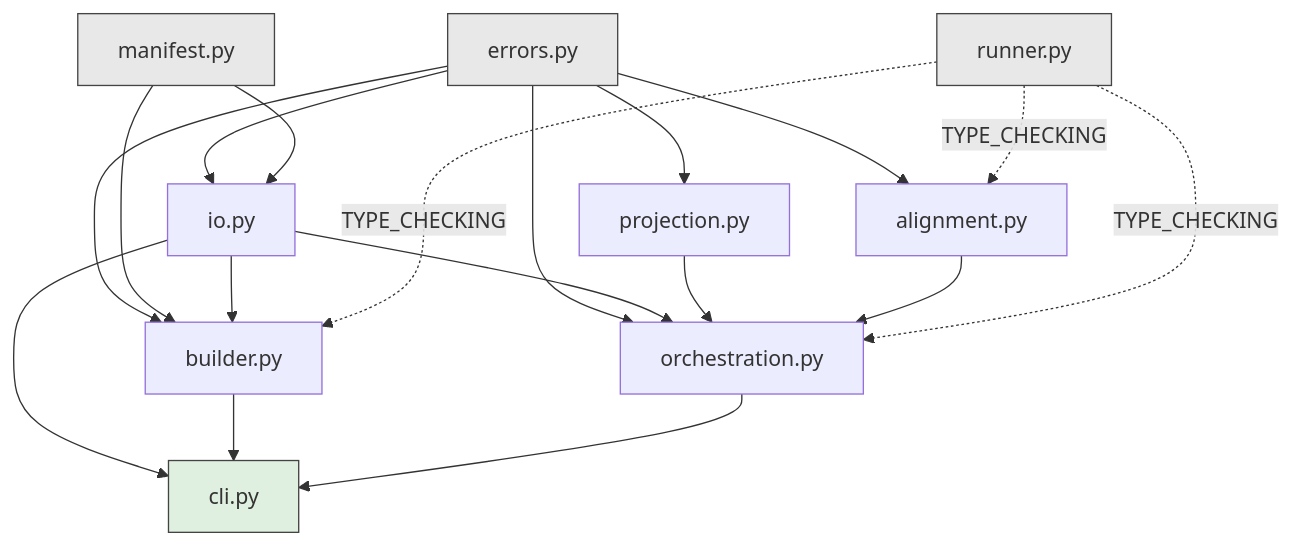
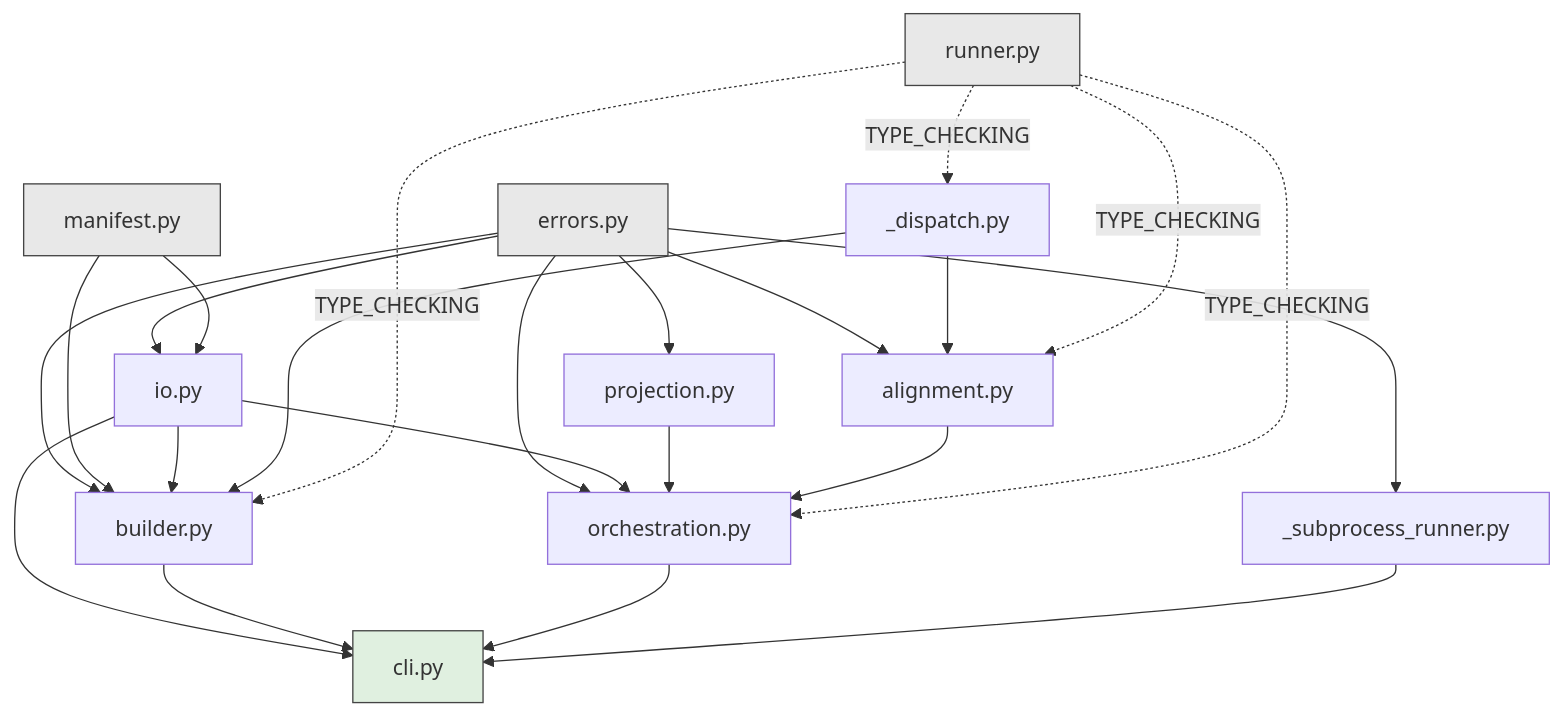
The first of 4 diagrams in DEVELOPMENT.md (carstenerickson/admixture-cache), drawn with Mermaid before and after one commit. The commit also changed other lines of this file and 11 other files, not shown here.

````diff
--- a/DEVELOPMENT.md
+++ b/DEVELOPMENT.md
@@ -42,40 +48,48 @@
 ```mermaid
 graph TD
     errors[errors.py]
     runner[runner.py]
     manifest[manifest.py]
+    dispatch[_dispatch.py]
     projection[projection.py]
     alignment[alignment.py]
     io[io.py]
+    subproc[_subprocess_runner.py]
     builder[builder.py]
     orchestration[orchestration.py]
     cli[cli.py]
 
     errors --> projection
     errors --> alignment
     errors --> io
     errors --> builder
     errors --> orchestration
+    errors --> subproc
 
     manifest --> io
     manifest --> builder
 
     io --> builder
     io --> orchestration
 
     projection --> orchestration
     alignment --> orchestration
 
+    dispatch --> alignment
+    dispatch --> builder
+
     io --> cli
     builder --> cli
     orchestration --> cli
+    subproc --> cli
 
     runner -. TYPE_CHECKING .-> alignment
     runner -. TYPE_CHECKING .-> builder
     runner -. TYPE_CHECKING .-> orchestration
+    runner -. TYPE_CHECKING .-> dispatch
 
     classDef root fill:#e8e8e8,stroke:#444
     class errors,runner,manifest root
     classDef leaf fill:#e0f0e0,stroke:#444
     class cli leaf
 ```
````
